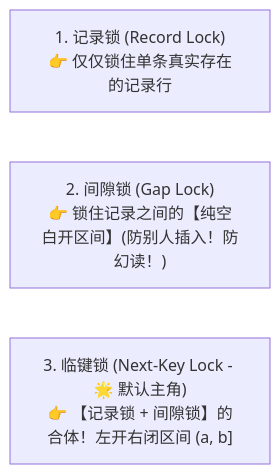
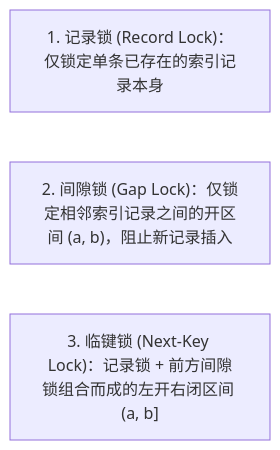
Before and after one commit to GuoWWWX/knowledge-base: the third of 5 diagrams in 20-Java后端/05-数据库与存储/03-MySQL锁机制.md, drawn with Mermaid. The commit also changed other lines of this file and 251 other files, not shown here.

````diff
--- a/20-Java后端/05-数据库与存储/03-MySQL锁机制.md
+++ b/20-Java后端/05-数据库与存储/03-MySQL锁机制.md
@@ -69,8 +88,6 @@
 ```mermaid
 flowchart LR
-    L1["1. 记录锁 (Record Lock)<br/>👉 仅仅锁住单条真实存在的记录行"]
-    
-    L2["2. 间隙锁 (Gap Lock)<br/>👉 锁住记录之间的【纯空白开区间】(防别人插入！防幻读！)"]
-    
-    L3["3. 临键锁 (Next-Key Lock - 🌟 默认主角)<br/>👉 【记录锁 + 间隙锁】的合体！左开右闭区间 (a, b]"]
+    L1["1. 记录锁 (Record Lock)：仅锁定单条已存在的索引记录本身"]
+    L2["2. 间隙锁 (Gap Lock)：仅锁定相邻索引记录之间的开区间 (a, b)，阻止新记录插入"]
+    L3["3. 临键锁 (Next-Key Lock)：记录锁 + 前方间隙锁组合而成的左开右闭区间 (a, b]"]
 ```
````
